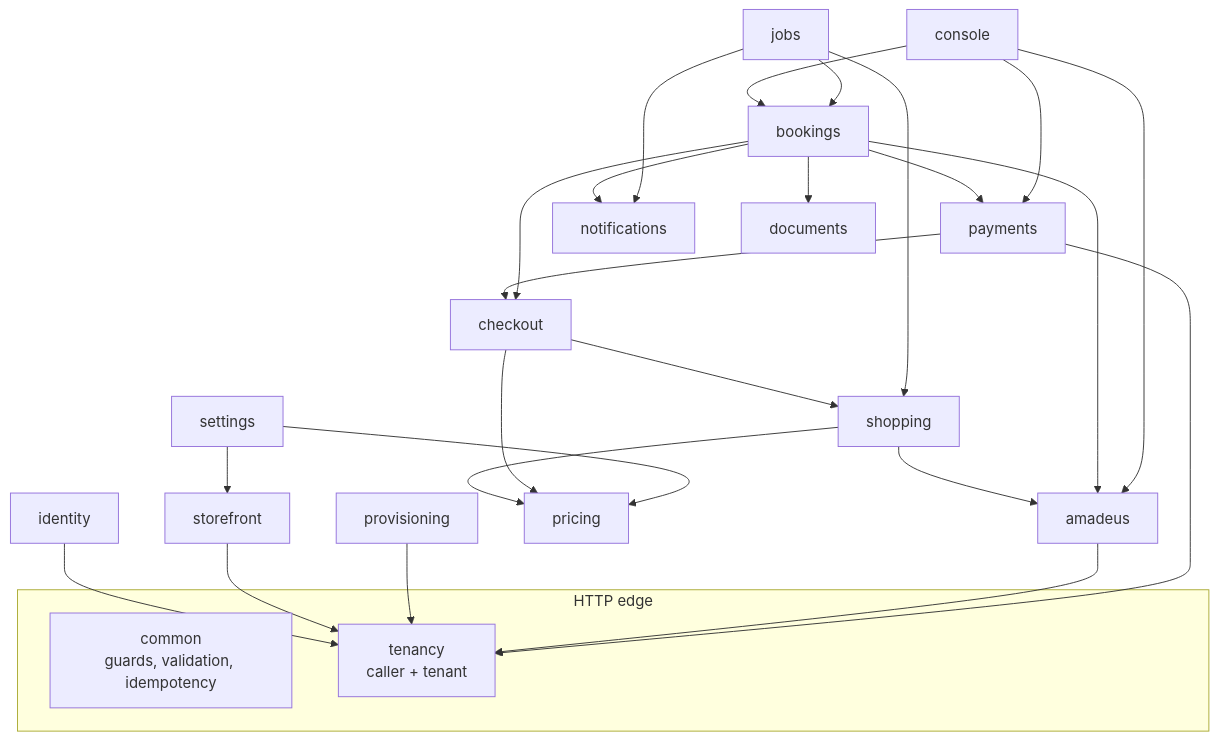
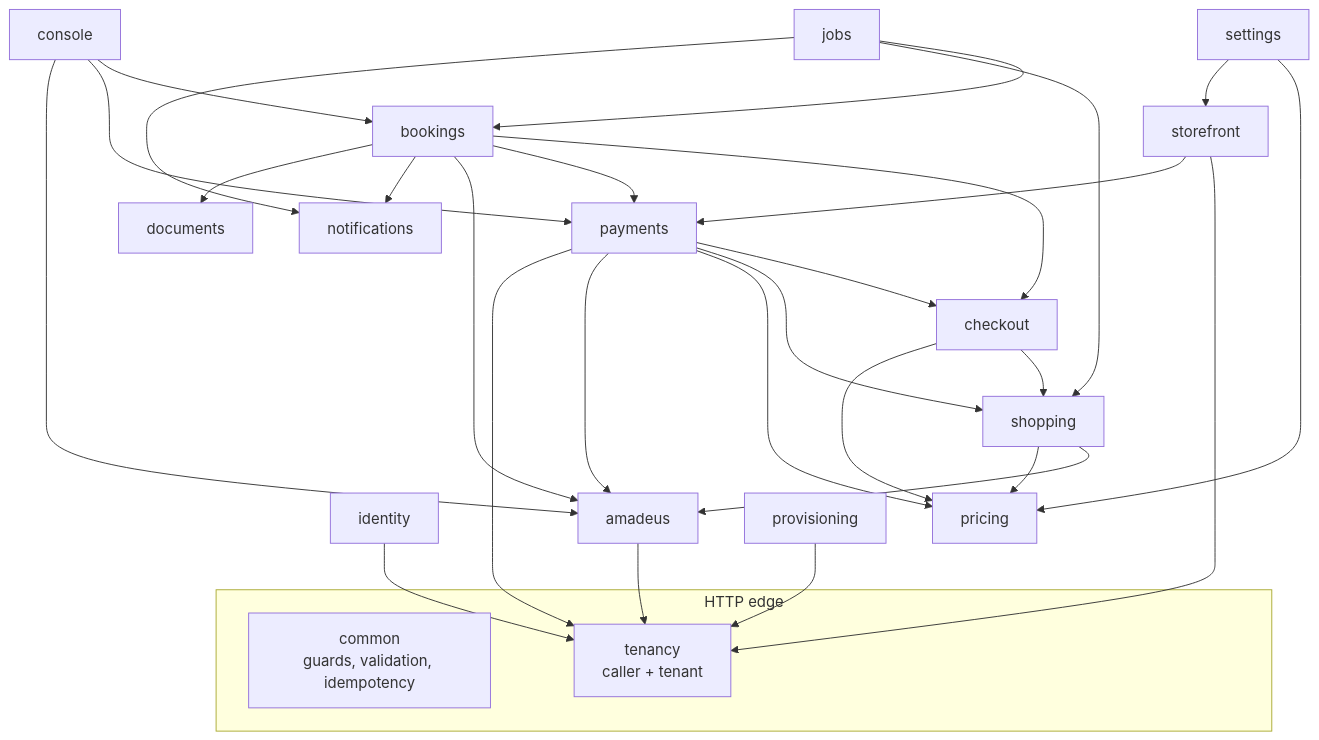
The diagram in ota/docs/architecture.md (bhagwati-prasad/velexis-ota), drawn with Mermaid before and after one commit. The commit also changed 27 other files, not shown here.

````diff
--- a/ota/docs/architecture.md
+++ b/ota/docs/architecture.md
@@ -47,30 +47,34 @@
 ```mermaid
 flowchart TB
   subgraph http["HTTP edge"]
     common["common<br/>guards, validation, idempotency"]
     tenancy["tenancy<br/>caller + tenant"]
   end
   identity --> tenancy
   storefront --> tenancy
+  storefront --> payments
   shopping --> amadeus
   shopping --> pricing
   checkout --> shopping
   checkout --> pricing
   payments --> checkout
+  payments --> shopping
+  payments --> pricing
+  payments --> amadeus
   bookings --> checkout
   bookings --> payments
   bookings --> amadeus
   bookings --> notifications
   bookings --> documents
   console --> bookings
   console --> payments
   console --> amadeus
   settings --> pricing
   settings --> storefront
   jobs --> bookings
   jobs --> shopping
   jobs --> notifications
   provisioning --> tenancy
   amadeus --> tenancy
   payments --> tenancy
 ```
````
